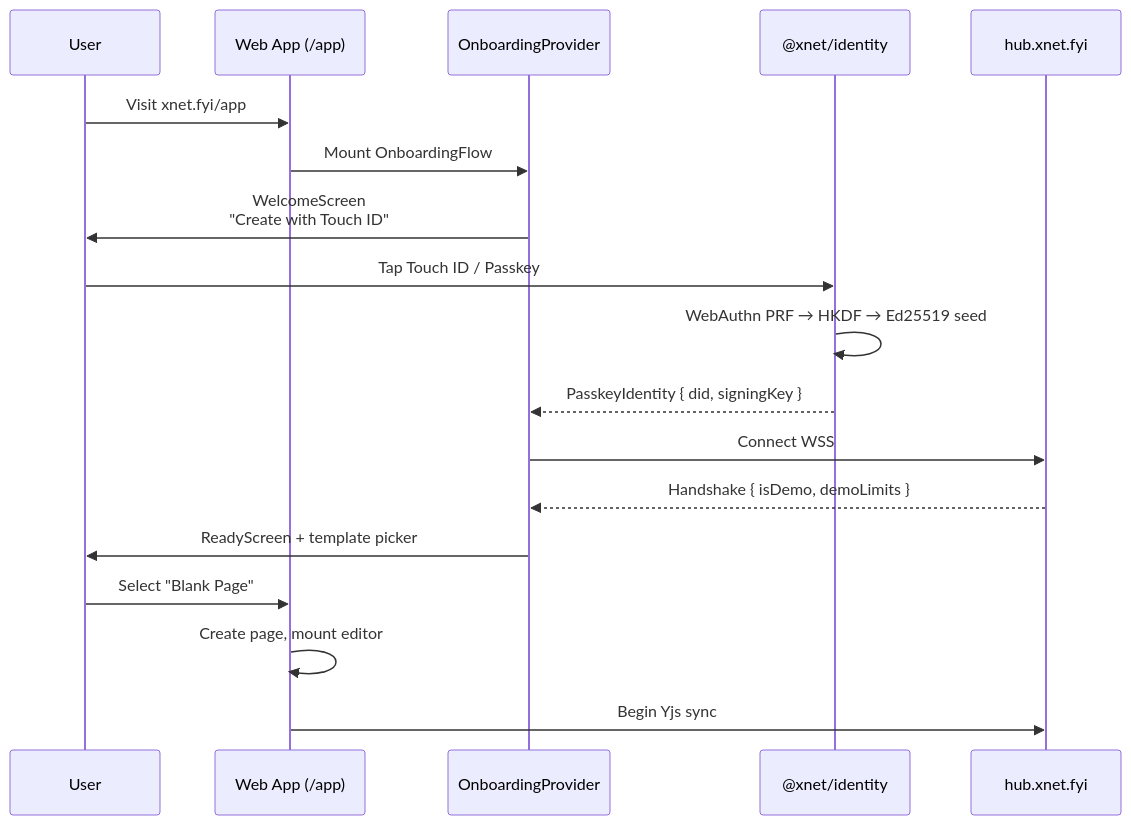
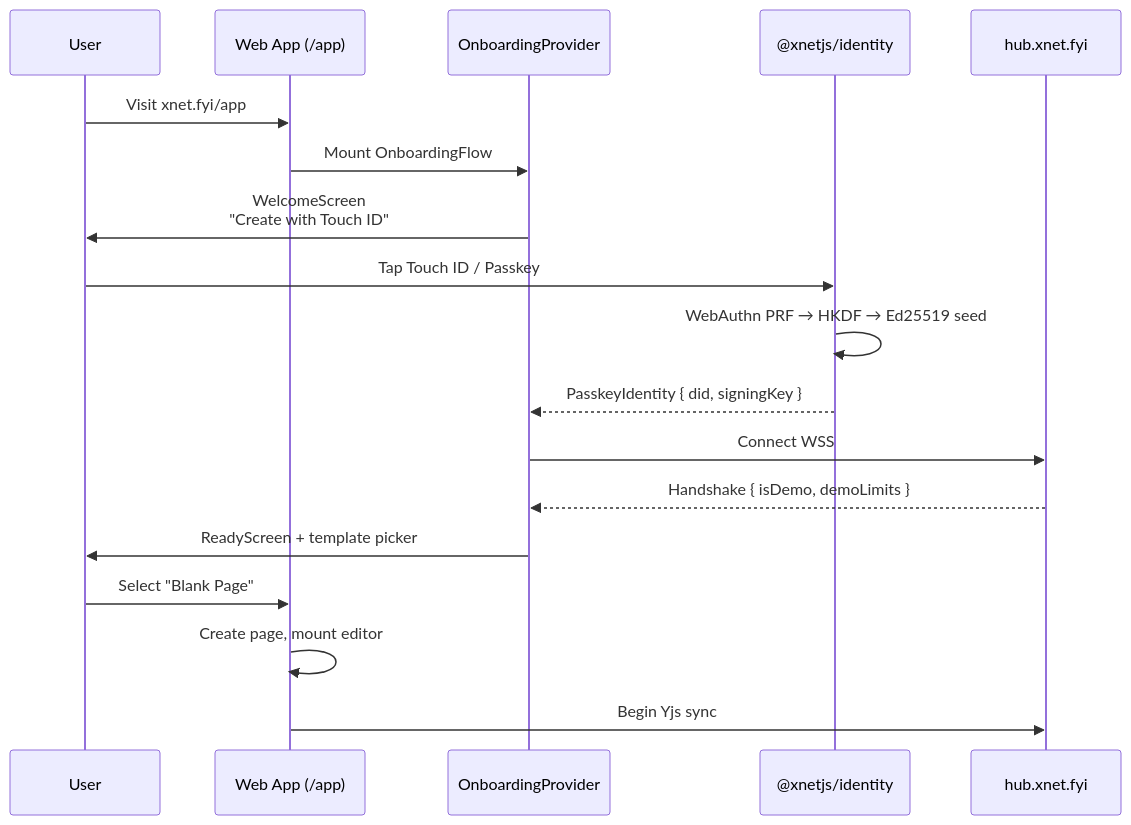
Before and after one commit to crs48/xNet: the fourth of 14 diagrams in docs/explorations/0056_[x]_WEB_APP_INTEGRATION.md, drawn with Mermaid. The commit also changed other lines of this file and 980 other files, not shown here.

````diff
--- a/docs/explorations/0056_[x]_WEB_APP_INTEGRATION.md
+++ b/docs/explorations/0056_[x]_WEB_APP_INTEGRATION.md
@@ -725,24 +725,24 @@
 ```mermaid
 sequenceDiagram
     participant User
     participant App as Web App (/app)
     participant Onboarding as OnboardingProvider
-    participant Identity as @xnet/identity
+    participant Identity as @xnetjs/identity
     participant Hub as hub.xnet.fyi
 
     User->>App: Visit xnet.fyi/app
     App->>Onboarding: Mount OnboardingFlow
     Onboarding->>User: WelcomeScreen<br/>"Create with Touch ID"
 
     User->>Identity: Tap Touch ID / Passkey
     Identity->>Identity: WebAuthn PRF → HKDF → Ed25519 seed
     Identity-->>Onboarding: PasskeyIdentity { did, signingKey }
 
     Onboarding->>Hub: Connect WSS
     Hub-->>Onboarding: Handshake { isDemo, demoLimits }
     Onboarding->>User: ReadyScreen + template picker
 
     User->>App: Select "Blank Page"
     App->>App: Create page, mount editor
     App->>Hub: Begin Yjs sync
 ```
````
